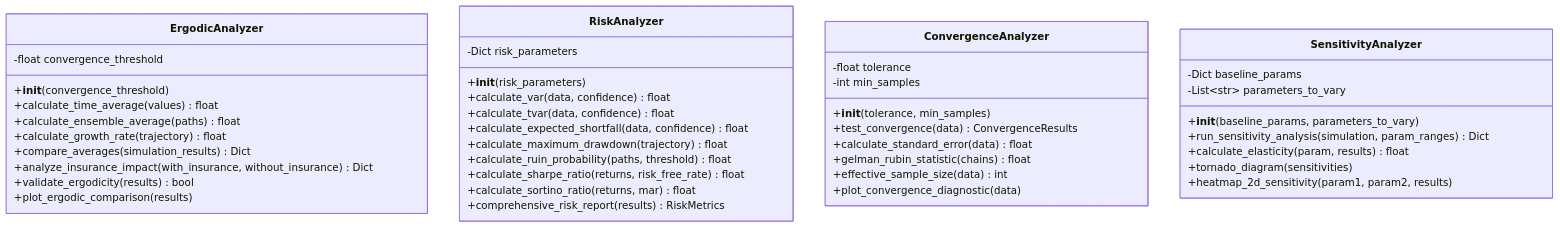
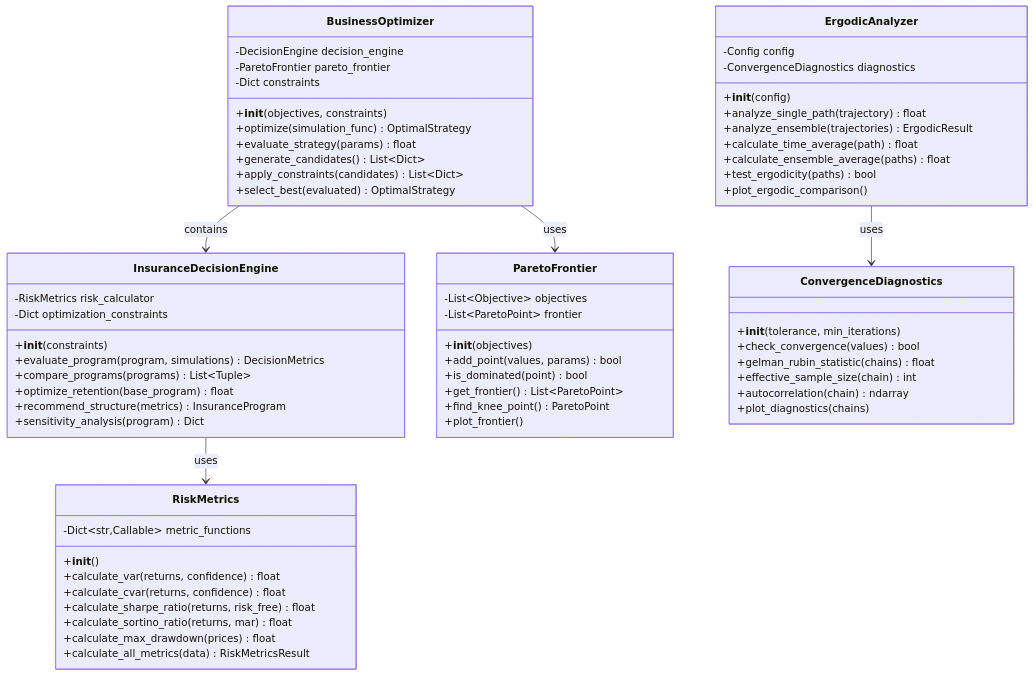
The first of 5 diagrams in ergodic_insurance/docs/architecture/class_diagrams/service_layer.md (AlexFiliakov/Ergodic-Insurance-Limits), drawn with Mermaid before and after one commit. The commit also changed other lines of this file and 24 other files, not shown here.

````diff
--- a/ergodic_insurance/docs/architecture/class_diagrams/service_layer.md
+++ b/ergodic_insurance/docs/architecture/class_diagrams/service_layer.md
@@ -8,48 +5,73 @@
 ```mermaid
 classDiagram
     class ErgodicAnalyzer {
-        -float convergence_threshold
-        +__init__(convergence_threshold)
-        +calculate_time_average(values) float
+        -Config config
+        -ConvergenceDiagnostics diagnostics
+        +__init__(config)
+        +analyze_single_path(trajectory) float
+        +analyze_ensemble(trajectories) ErgodicResult
+        +calculate_time_average(path) float
         +calculate_ensemble_average(paths) float
-        +calculate_growth_rate(trajectory) float
-        +compare_averages(simulation_results) Dict
-        +analyze_insurance_impact(with_insurance, without_insurance) Dict
-        +validate_ergodicity(results) bool
-        +plot_ergodic_comparison(results)
+        +test_ergodicity(paths) bool
+        +plot_ergodic_comparison()
     }
 
-    class RiskAnalyzer {
-        -Dict risk_parameters
-        +__init__(risk_parameters)
-        +calculate_var(data, confidence) float
-        +calculate_tvar(data, confidence) float
-        +calculate_expected_shortfall(data, confidence) float
-        +calculate_maximum_drawdown(trajectory) float
-        +calculate_ruin_probability(paths, threshold) float
-        +calculate_sharpe_ratio(returns, risk_free_rate) float
+    class RiskMetrics {
+        -Dict~str,Callable~ metric_functions
+        +__init__()
+        +calculate_var(returns, confidence) float
+        +calculate_cvar(returns, confidence) float
+        +calculate_sharpe_ratio(returns, risk_free) float
         +calculate_sortino_ratio(returns, mar) float
-        +comprehensive_risk_report(results) RiskMetrics
+        +calculate_max_drawdown(prices) float
+        +calculate_all_metrics(data) RiskMetricsResult
     }
 
-    class ConvergenceAnalyzer {
-        -float tolerance
-        -int min_samples
-        +__init__(tolerance, min_samples)
-        +test_convergence(data) ConvergenceResults
-        +calculate_standard_error(data) float
-        +gelman_rubin_statistic(chains) float
-        +effective_sample_size(data) int
-        +plot_convergence_diagnostic(data)
+    class BusinessOptimizer {
+        -DecisionEngine decision_engine
+        -ParetoFrontier pareto_frontier
+        -Dict constraints
+        +__init__(objectives, constraints)
+        +optimize(simulation_func) OptimalStrategy
+        +evaluate_strategy(params) float
+        +generate_candidates() List~Dict~
+        +apply_constraints(candidates) List~Dict~
+        +select_best(evaluated) OptimalStrategy
     }
 
-    class SensitivityAnalyzer {
-        -Dict baseline_params
-        -List~str~ parameters_to_vary
-        +__init__(baseline_params, parameters_to_vary)
-        +run_sensitivity_analysis(simulation, param_ranges) Dict
-        +calculate_elasticity(param, results) float
-        +tornado_diagram(sensitivities)
-        +heatmap_2d_sensitivity(param1, param2, results)
+    class InsuranceDecisionEngine {
+        -RiskMetrics risk_calculator
+        -Dict optimization_constraints
+        +__init__(constraints)
+        +evaluate_program(program, simulations) DecisionMetrics
+        +compare_programs(programs) List~Tuple~
+        +optimize_retention(base_program) float
+        +recommend_structure(metrics) InsuranceProgram
+        +sensitivity_analysis(program) Dict
     }
+
+    class ParetoFrontier {
+        -List~Objective~ objectives
+        -List~ParetoPoint~ frontier
+        +__init__(objectives)
+        +add_point(values, params) bool
+        +is_dominated(point) bool
+        +get_frontier() List~ParetoPoint~
+        +find_knee_point() ParetoPoint
+        +plot_frontier()
+    }
+
+    class ConvergenceDiagnostics {
+        +__init__(tolerance, min_iterations)
+        +check_convergence(values) bool
+        +gelman_rubin_statistic(chains) float
+        +effective_sample_size(chain) int
+        +autocorrelation(chain) ndarray
+        +plot_diagnostics(chains)
+    }
+
+    ErgodicAnalyzer --> ConvergenceDiagnostics : uses
+    BusinessOptimizer --> InsuranceDecisionEngine : contains
+    BusinessOptimizer --> ParetoFrontier : uses
+    InsuranceDecisionEngine --> RiskMetrics : uses
 ```
````
